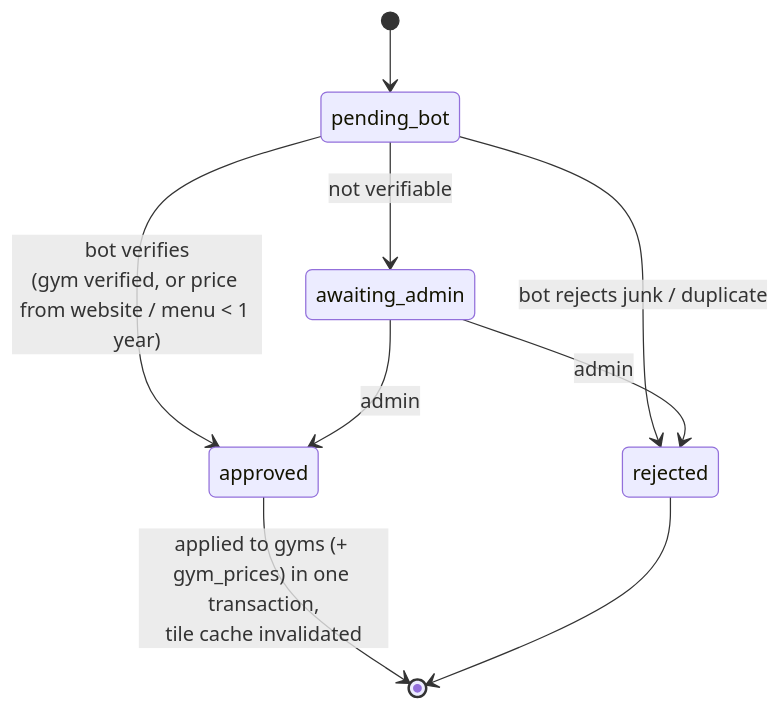
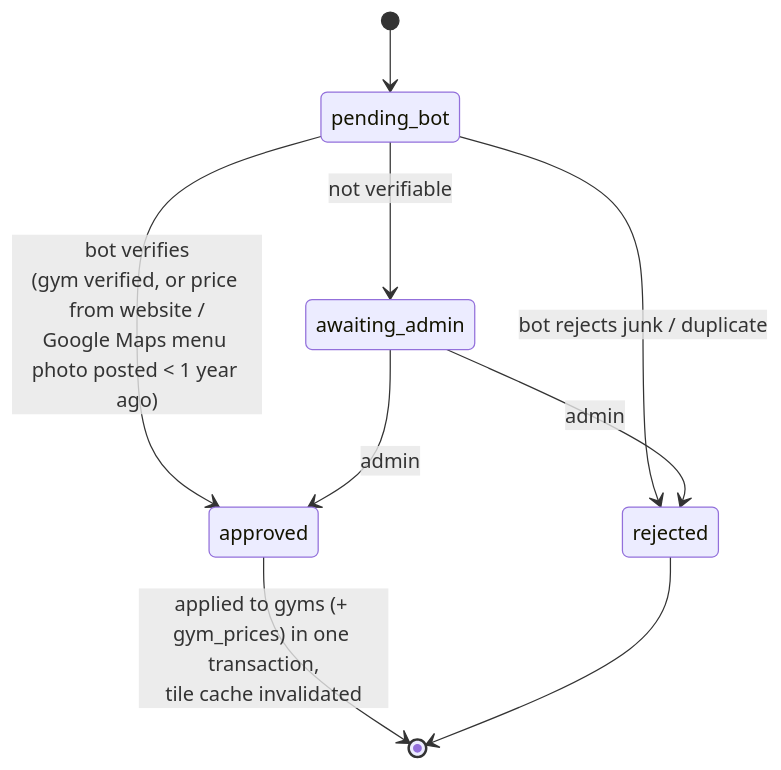
One commit to AbsentLung/TravelApp changed the eighth of 8 diagrams in STACK_AND_SCHEMA.md. Above: the diagram before and after it, drawn with Mermaid. The commit also changed other lines of this file, not shown here.

First line of the commit message:
Record Joey's stack/schema decisions; answer Kafka/RabbitMQ, R-tree, map questions; compare with vibe-coded schema

````diff
--- a/STACK_AND_SCHEMA.md
+++ b/STACK_AND_SCHEMA.md
@@ -444,11 +456,11 @@
 ```mermaid
 stateDiagram-v2
     [*] --> pending_bot
-    pending_bot --> approved: bot verifies<br/>(gym verified, or price from website / menu < 1 year)
+    pending_bot --> approved: bot verifies<br/>(gym verified, or price from website /<br/>Google Maps menu photo posted < 1 year ago)
     pending_bot --> rejected: bot rejects junk / duplicate
     pending_bot --> awaiting_admin: not verifiable
     awaiting_admin --> approved: admin
     awaiting_admin --> rejected: admin
     approved --> [*]: applied to gyms (+ gym_prices) in one transaction,<br/>tile cache invalidated
     rejected --> [*]
 ```
````
